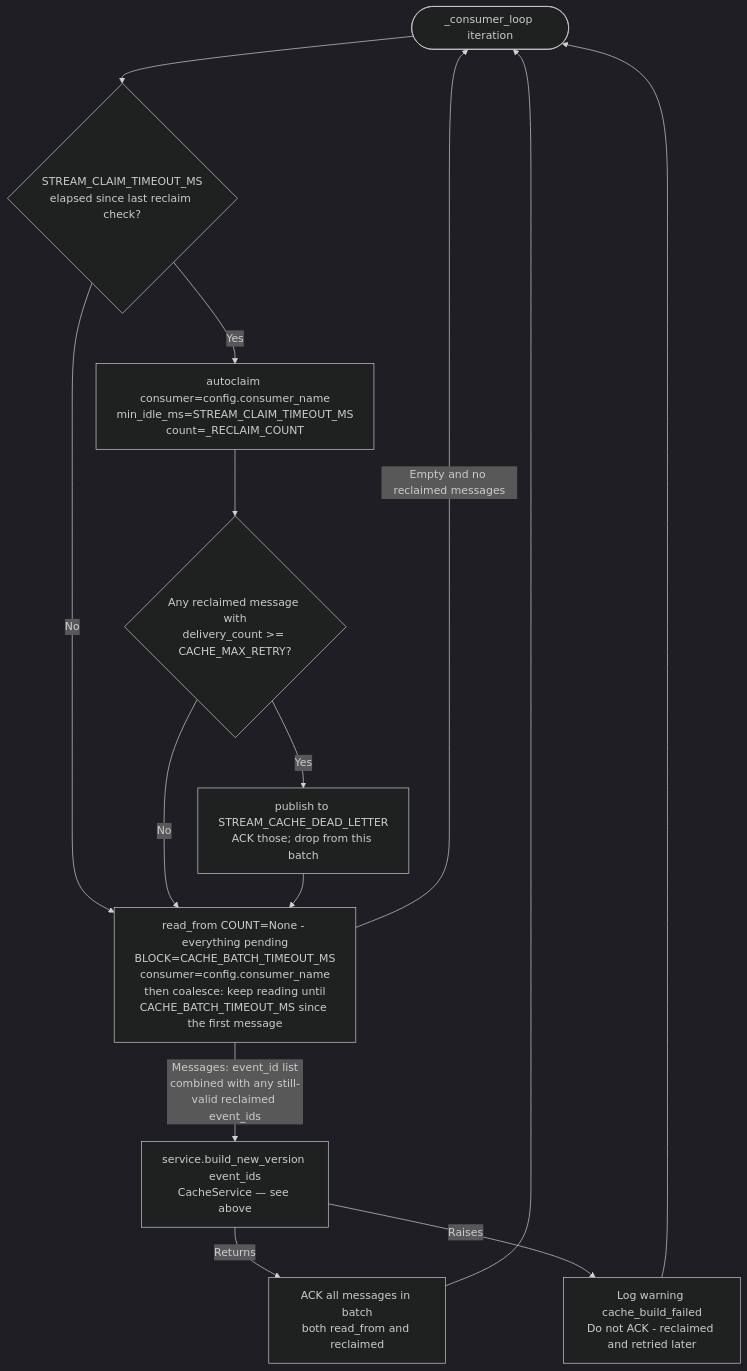
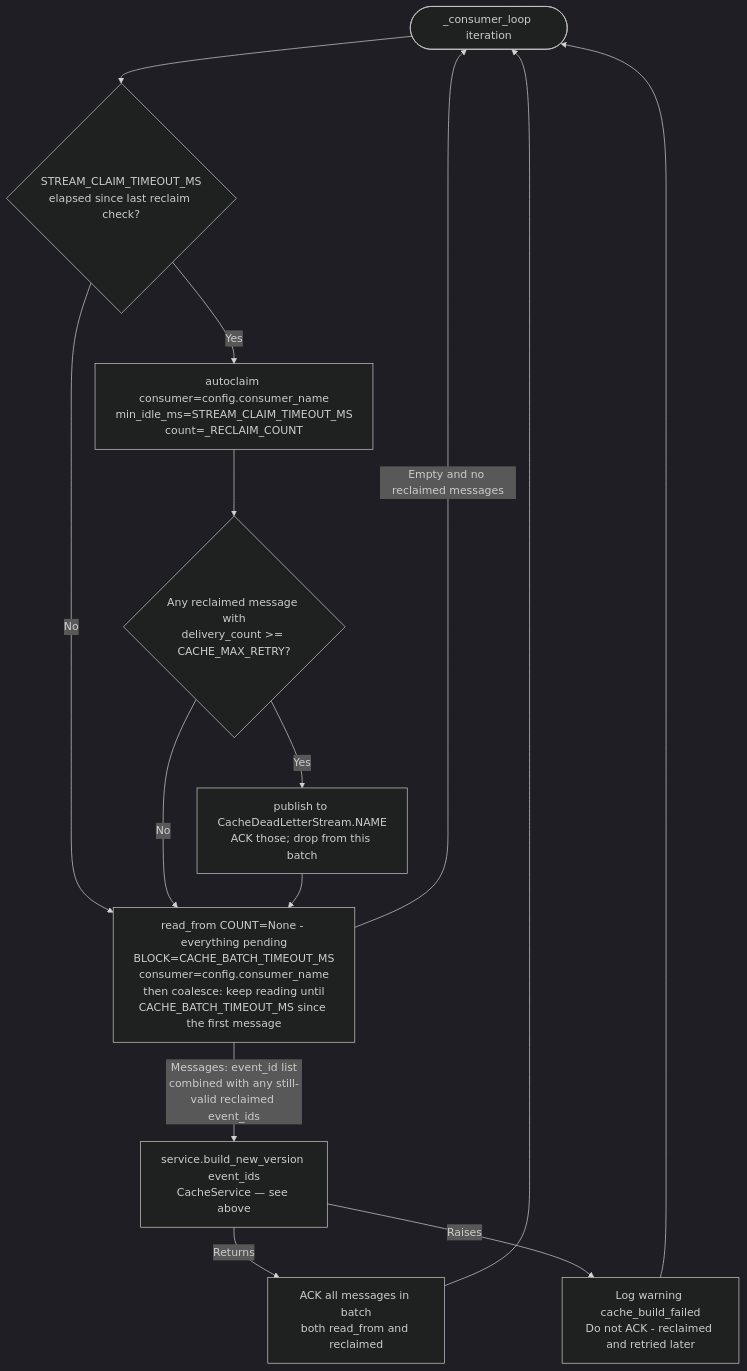
One commit to mars-xiaoyi/wealthfinder changed the fourth of 4 diagrams in stock-assistant-pipeline-intelligence/docs/implementation.md. Above: the diagram before and after it, drawn with Mermaid (dark theme). The commit also changed other lines of this file, not shown here.

Commit message:
SAPI docs: group each stream's constants into its own class (stream_enum.py)

````diff
--- a/stock-assistant-pipeline-intelligence/docs/implementation.md
+++ b/stock-assistant-pipeline-intelligence/docs/implementation.md
@@ -4737,16 +4758,16 @@
 ```mermaid
 flowchart TD
     A([_consumer_loop iteration]) --> RC{STREAM_CLAIM_TIMEOUT_MS\nelapsed since last reclaim check?}
     RC -->|Yes| AC[autoclaim consumer=config.consumer_name\nmin_idle_ms=STREAM_CLAIM_TIMEOUT_MS\ncount=_RECLAIM_COUNT]
     RC -->|No| RG
     AC --> DL{Any reclaimed message with\ndelivery_count >= CACHE_MAX_RETRY?}
-    DL -->|Yes| DLW[publish to STREAM_CACHE_DEAD_LETTER\nACK those; drop from this batch]
+    DL -->|Yes| DLW[publish to CacheDeadLetterStream.NAME\nACK those; drop from this batch]
     DL -->|No| RG[read_from COUNT=None - everything pending\nBLOCK=CACHE_BATCH_TIMEOUT_MS\nconsumer=config.consumer_name\nthen coalesce: keep reading until\nCACHE_BATCH_TIMEOUT_MS since the first message]
     DLW --> RG
     RG -->|Empty and no reclaimed messages| A
     RG -->|Messages: event_id list\ncombined with any still-valid reclaimed event_ids| BUILD[service.build_new_version event_ids\nCacheService — see above]
     BUILD -->|Returns| J[ACK all messages in batch\nboth read_from and reclaimed]
     BUILD -->|Raises| K[Log warning cache_build_failed\nDo not ACK - reclaimed and retried later]
     J --> A
     K --> A
 ```
````
